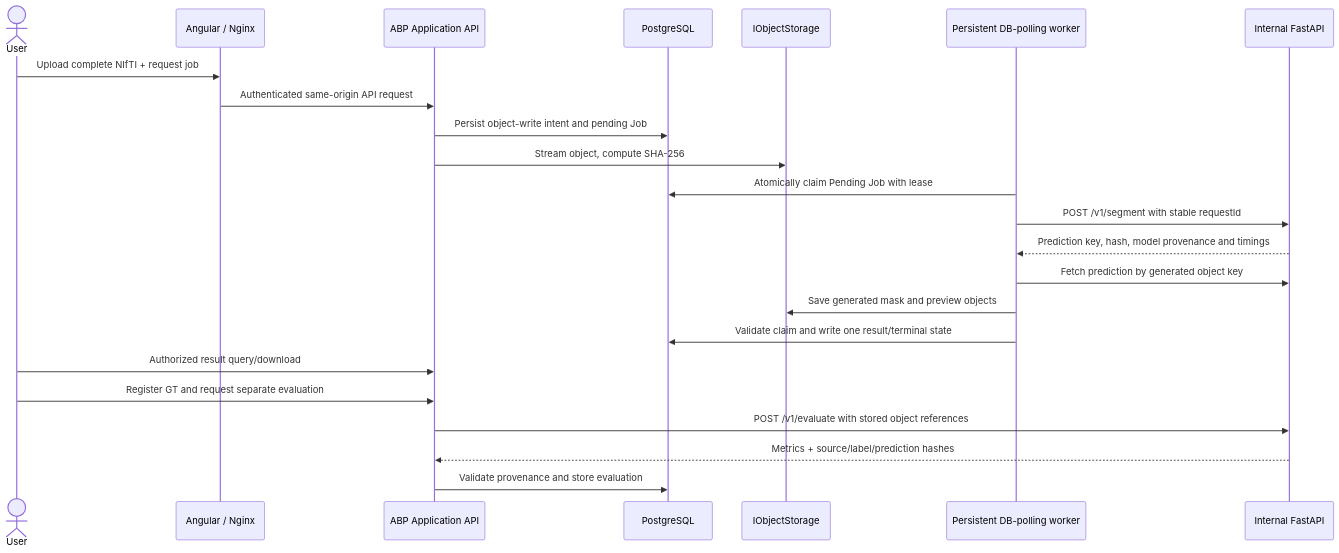
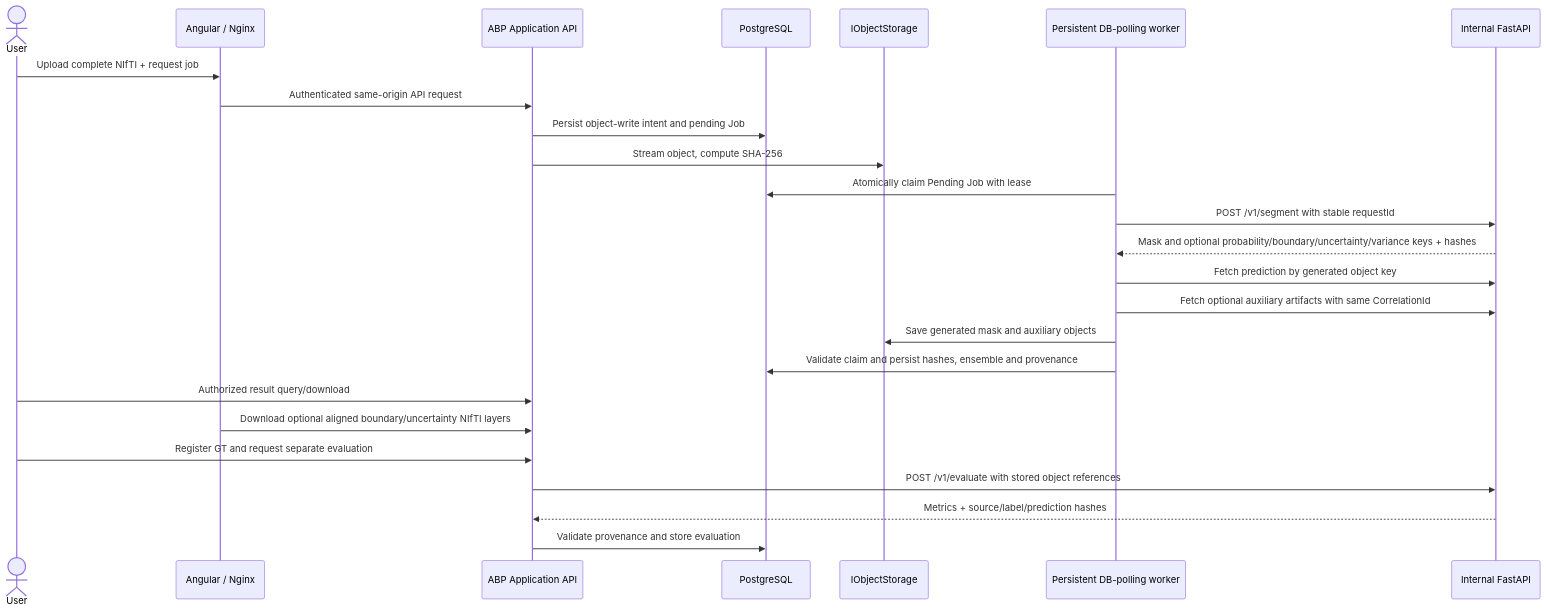
Before and after one commit to YU-06/system: the third of 3 diagrams in docs/diagrams.md, drawn with Mermaid. The commit also changed other lines of this file and 62 other files, not shown here.

Commit message:
feat/2p5d-boundary-uncertainty

````diff
--- a/docs/diagrams.md
+++ b/docs/diagrams.md
@@ -49,25 +55,27 @@
 ```mermaid
 sequenceDiagram
   actor User
   participant Web as Angular / Nginx
   participant API as ABP Application API
   participant DB as PostgreSQL
   participant Store as IObjectStorage
   participant Worker as Persistent DB-polling worker
   participant ML as Internal FastAPI
   User->>Web: Upload complete NIfTI + request job
   Web->>API: Authenticated same-origin API request
   API->>DB: Persist object-write intent and pending Job
   API->>Store: Stream object, compute SHA-256
   Worker->>DB: Atomically claim Pending Job with lease
   Worker->>ML: POST /v1/segment with stable requestId
-  ML-->>Worker: Prediction key, hash, model provenance and timings
+  ML-->>Worker: Mask and optional probability/boundary/uncertainty/variance keys + hashes
   Worker->>ML: Fetch prediction by generated object key
-  Worker->>Store: Save generated mask and preview objects
-  Worker->>DB: Validate claim and write one result/terminal state
+  Worker->>ML: Fetch optional auxiliary artifacts with same CorrelationId
+  Worker->>Store: Save generated mask and auxiliary objects
+  Worker->>DB: Validate claim and persist hashes, ensemble and provenance
   User->>API: Authorized result query/download
+  Web->>API: Download optional aligned boundary/uncertainty NIfTI layers
   User->>API: Register GT and request separate evaluation
   API->>ML: POST /v1/evaluate with stored object references
   ML-->>API: Metrics + source/label/prediction hashes
   API->>DB: Validate provenance and store evaluation
 ```
````
